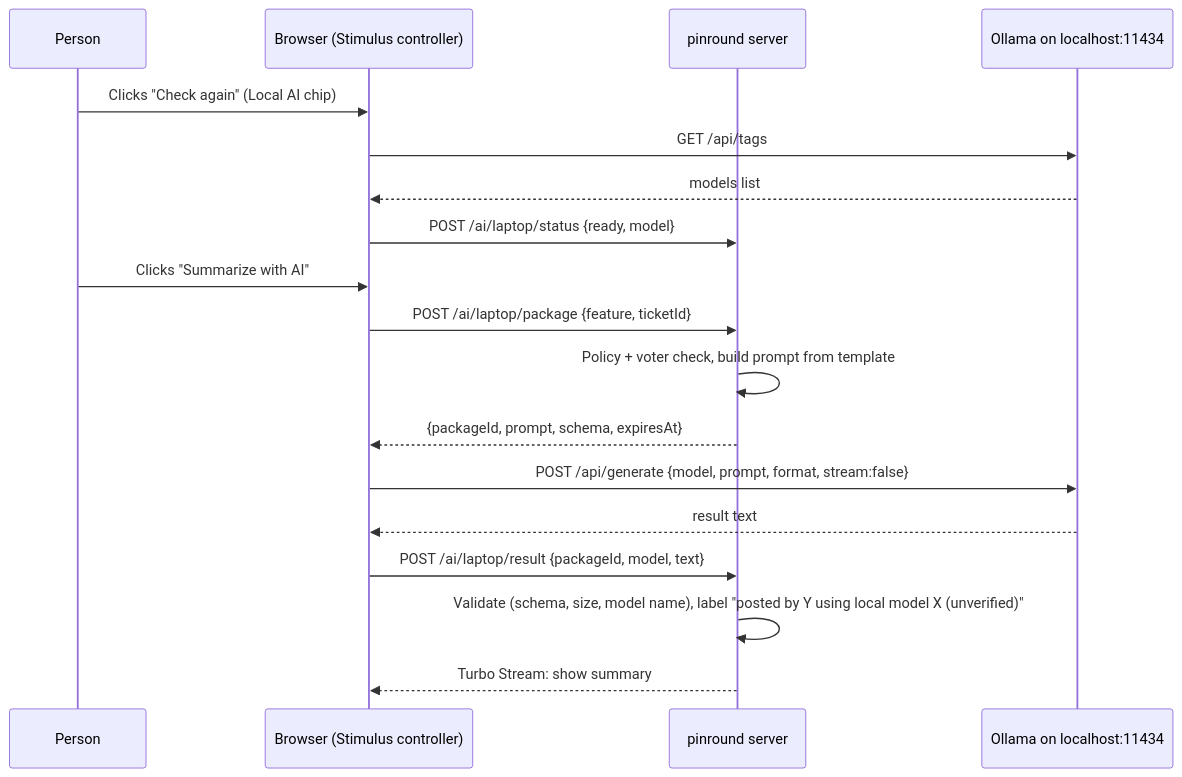
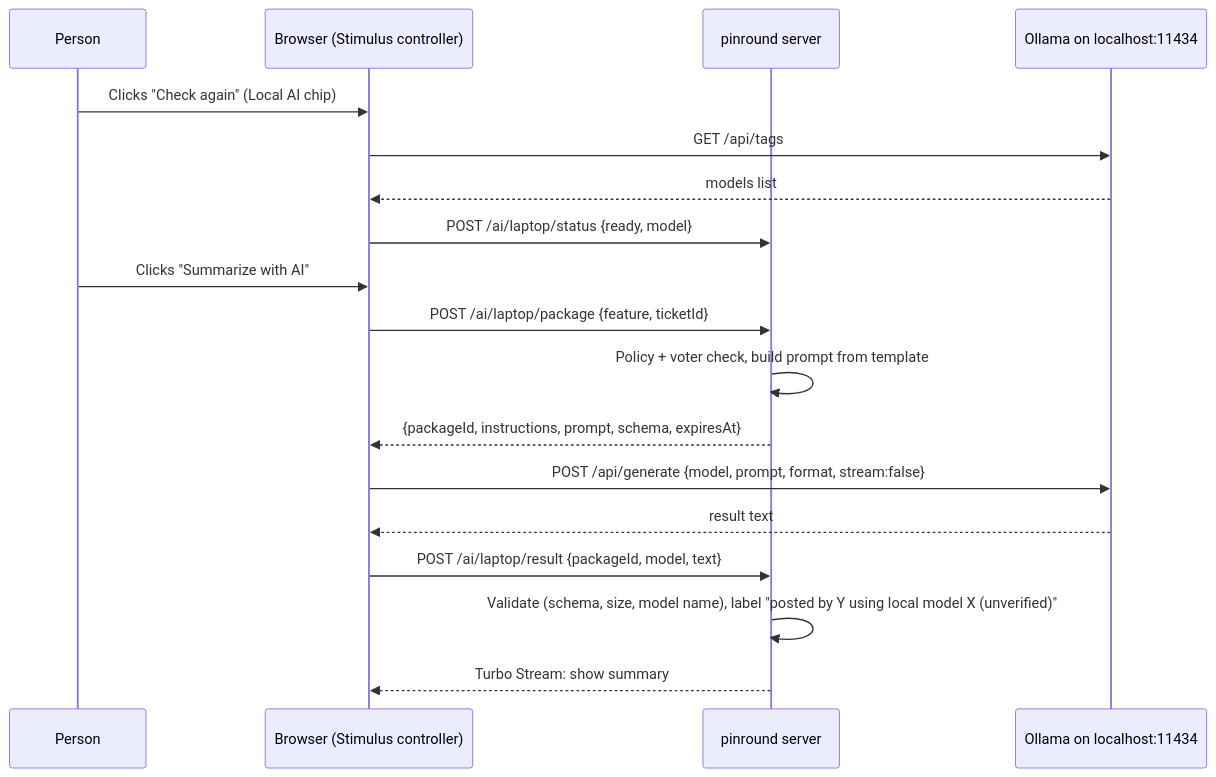
The third of 3 diagrams in docs/02-architecture/ai-architecture.md (Mir-Zairan/pinround-symfony), drawn with Mermaid before and after one commit. The commit also changed other lines of this file and 3 other files, not shown here.

````diff
--- a/docs/02-architecture/ai-architecture.md
+++ b/docs/02-architecture/ai-architecture.md
@@ -232,20 +232,20 @@
 ```mermaid
 sequenceDiagram
   participant U as Person
   participant B as Browser (Stimulus controller)
   participant P as pinround server
   participant O as Ollama on localhost:11434
   U->>B: Clicks "Check again" (Local AI chip)
   B->>O: GET /api/tags
   O-->>B: models list
   B->>P: POST /ai/laptop/status {ready, model}
   U->>B: Clicks "Summarize with AI"
   B->>P: POST /ai/laptop/package {feature, ticketId}
   P->>P: Policy + voter check, build prompt from template
-  P-->>B: {packageId, prompt, schema, expiresAt}
+  P-->>B: {packageId, instructions, prompt, schema, expiresAt}
   B->>O: POST /api/generate {model, prompt, format, stream:false}
   O-->>B: result text
   B->>P: POST /ai/laptop/result {packageId, model, text}
   P->>P: Validate (schema, size, model name), label "posted by Y using local model X (unverified)"
   P-->>B: Turbo Stream: show summary
 ```
````
